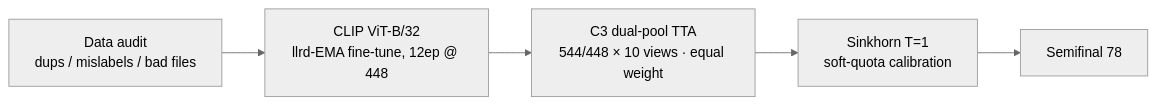
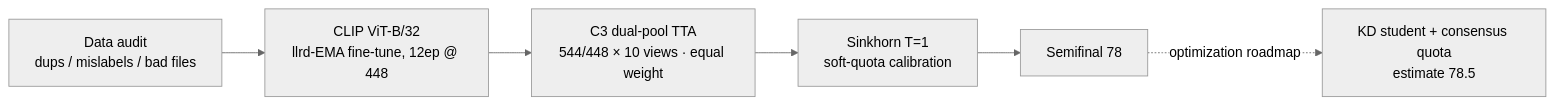
Before and after one commit to qiuy-ue/aic-2026-fine-grained-finetuning: the diagram in README.en.md, drawn with Mermaid (neutral theme). The commit also changed other lines of this file and 3 other files, not shown here.

First line of the commit message:
优化展示：成绩演进折线图 + 优化路线（预估 78.5）

````diff
--- a/README.en.md
+++ b/README.en.md
@@ -43,7 +53,8 @@
 ```mermaid
 flowchart LR
     A[Data audit<br/>dups / mislabels / bad files] --> B[CLIP ViT-B/32<br/>llrd-EMA fine-tune, 12ep @ 448]
     B --> C[C3 dual-pool TTA<br/>544/448 × 10 views · equal weight]
     C --> D[Sinkhorn T=1<br/>soft-quota calibration]
     D --> E[Semifinal 78]
+    E -.optimization roadmap.-> F[KD student + consensus quota<br/>estimate 78.5]
 ```
````
